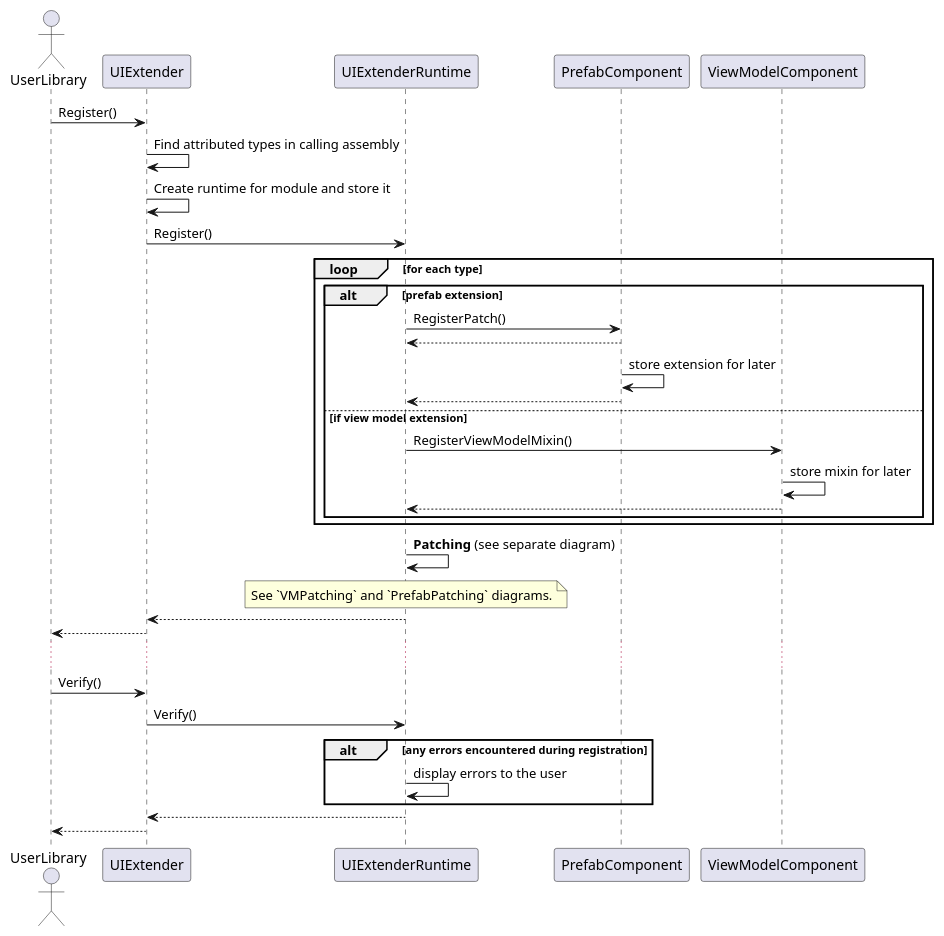
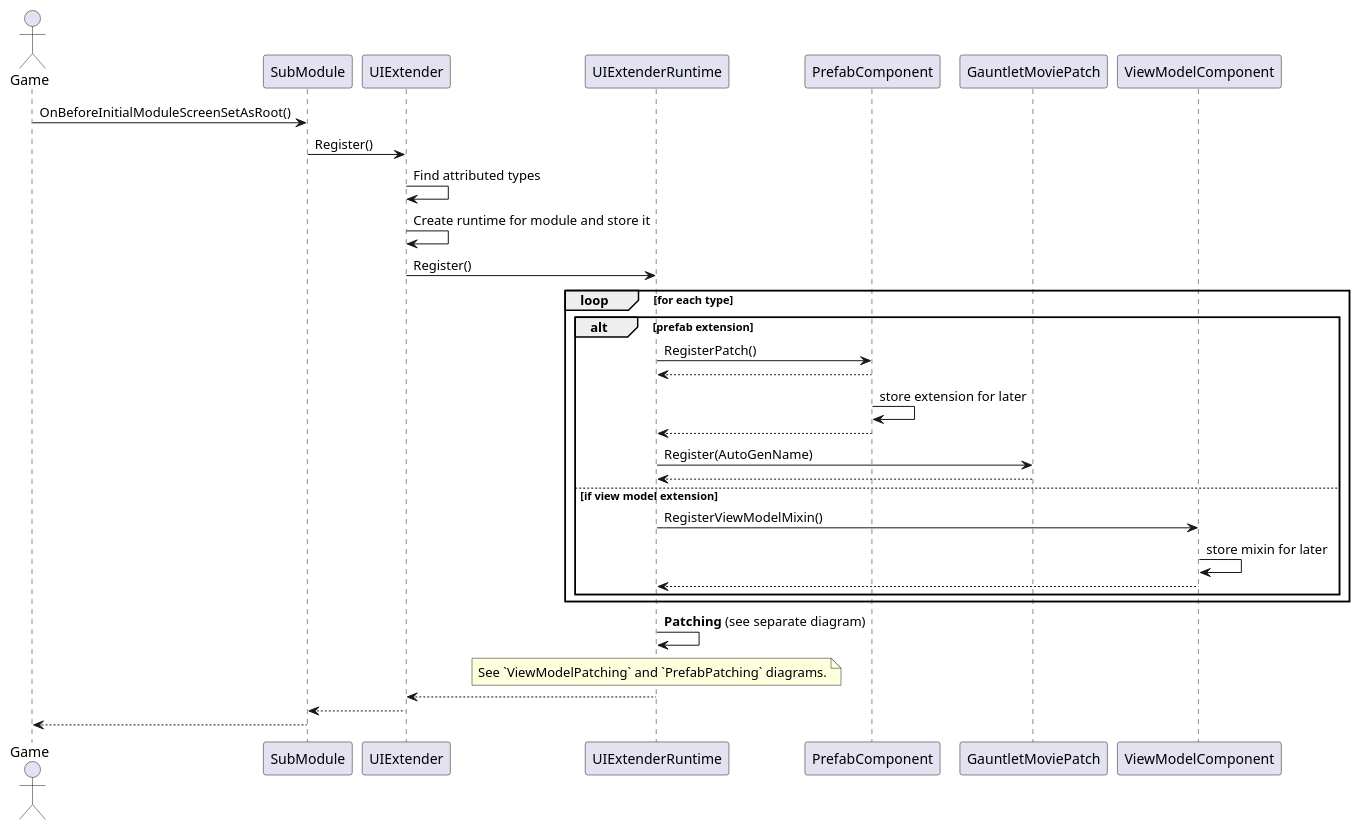
Before and after one commit to BUTR/Bannerlord.UIExtenderEx: the diagram in docs/articles/Runtime/Registration.puml, drawn with PlantUML. The commit also changed 108 other files, not shown here.

```diff
--- a/docs/articles/Runtime/Registration.puml
+++ b/docs/articles/Runtime/Registration.puml
@@ -1,40 +1,33 @@
 @startuml
 
-actor UserLibrary
+actor Game
 
-UserLibrary -> UIExtender: Register()
+Game -> SubModule: OnBeforeInitialModuleScreenSetAsRoot()
+SubModule -> UIExtender: Register()
 
-UIExtender -> UIExtender: Find attributed types in calling assembly
+UIExtender -> UIExtender: Find attributed types
 UIExtender -> UIExtender: Create runtime for module and store it
 UIExtender -> UIExtenderRuntime: Register()
 loop for each type
     alt prefab extension
         UIExtenderRuntime -> PrefabComponent: RegisterPatch()
         PrefabComponent --> UIExtenderRuntime
         PrefabComponent -> PrefabComponent: store extension for later
         PrefabComponent --> UIExtenderRuntime
+        UIExtenderRuntime -> GauntletMoviePatch: Register(AutoGenName)
+        GauntletMoviePatch --> UIExtenderRuntime
     else if view model extension
         UIExtenderRuntime -> ViewModelComponent: RegisterViewModelMixin()
         ViewModelComponent -> ViewModelComponent: store mixin for later
         ViewModelComponent --> UIExtenderRuntime
     end
 end
-UIExtenderRuntime  -> UIExtenderRuntime: <b>Patching</b> (see separate diagram)
+UIExtenderRuntime -> UIExtenderRuntime: <b>Patching</b> (see separate diagram)
 note over UIExtenderRuntime
-    See `VMPatching` and `PrefabPatching` diagrams.
+    See `ViewModelPatching` and `PrefabPatching` diagrams.
 endnote
 UIExtenderRuntime --> UIExtender
-UIExtender --> UserLibrary
-
-...
-
-UserLibrary -> UIExtender: Verify()
-UIExtender -> UIExtenderRuntime: Verify()
-alt any errors encountered during registration
-UIExtenderRuntime -> UIExtenderRuntime: display errors to the user
-end
-UIExtenderRuntime --> UIExtender
-UIExtender --> UserLibrary
-
+UIExtender --> SubModule
+SubModule --> Game
 
 @enduml
```
